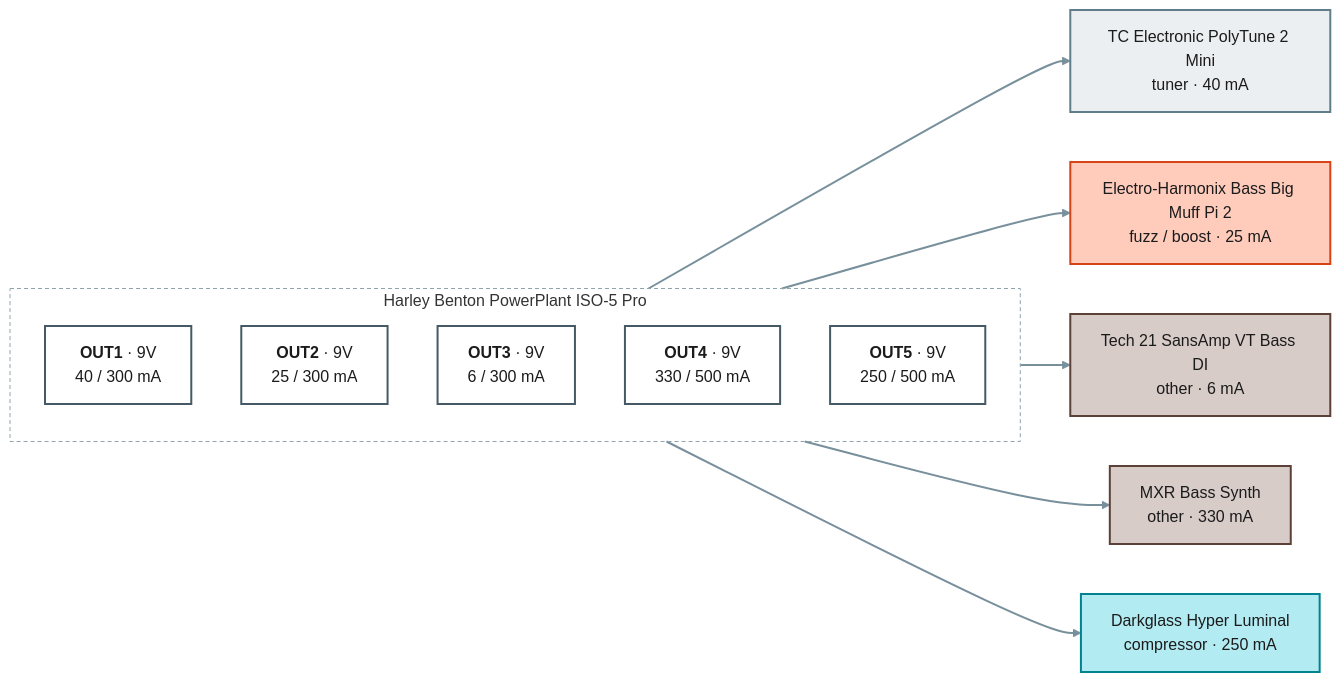
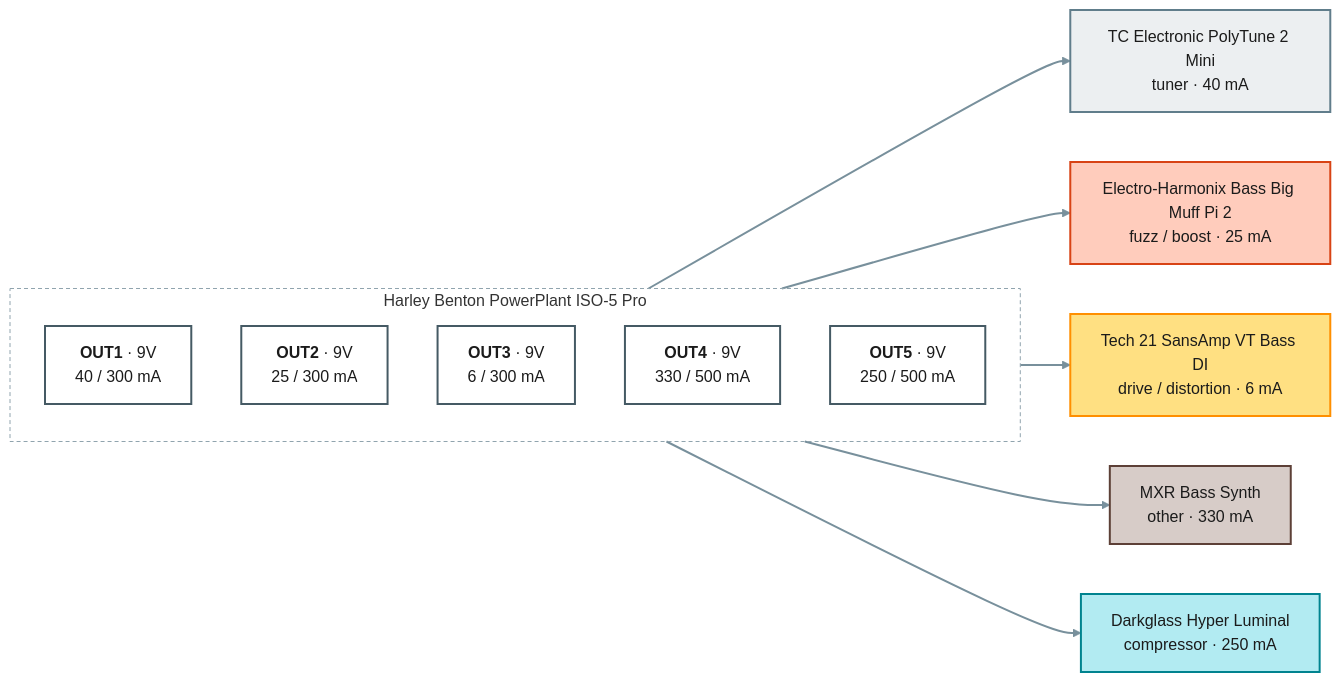
One commit to pedroacvieira/pedalboard changed the diagram in projects/bass/power.mmd. Above: the diagram before and after it, drawn with Mermaid (forest theme). The commit also changed 5 other files, not shown here.

```diff
--- a/projects/bass/power.mmd
+++ b/projects/bass/power.mmd
@@ -1,28 +1,29 @@
 flowchart LR
     subgraph psu1["Harley Benton PowerPlant ISO-5 Pro"]
         direction TB
         psu1_OUT1["<b>OUT1</b> · 9V<br/>40 / 300 mA"]:::out9
         psu1_OUT2["<b>OUT2</b> · 9V<br/>25 / 300 mA"]:::out9
         psu1_OUT3["<b>OUT3</b> · 9V<br/>6 / 300 mA"]:::out9
         psu1_OUT4["<b>OUT4</b> · 9V<br/>330 / 500 mA"]:::out9
         psu1_OUT5["<b>OUT5</b> · 9V<br/>250 / 500 mA"]:::out9
     end
     polytune_2_mini["TC Electronic PolyTune 2 Mini<br/>tuner · 40 mA"]:::c_tuner
     ehx_bass_big_muff_2["Electro-Harmonix Bass Big Muff Pi 2<br/>fuzz / boost · 25 mA"]:::c_fuzz___boost
-    tech21_vt_bass_di["Tech 21 SansAmp VT Bass DI<br/>other · 6 mA"]:::c_other
+    tech21_vt_bass_di["Tech 21 SansAmp VT Bass DI<br/>drive / distortion · 6 mA"]:::c_drive___distortion
     mxr_bass_synth["MXR Bass Synth<br/>other · 330 mA"]:::c_other
     darkglass_hyper_luminal["Darkglass Hyper Luminal<br/>compressor · 250 mA"]:::c_compressor
     psu1_OUT1 --> polytune_2_mini
     psu1_OUT2 --> ehx_bass_big_muff_2
     psu1_OUT3 --> tech21_vt_bass_di
     psu1_OUT4 --> mxr_bass_synth
     psu1_OUT5 --> darkglass_hyper_luminal
     classDef out9 fill:#ffffff,stroke:#455a64,stroke-width:2px,color:#1b1b1b
     classDef out18 fill:#ffffff,stroke:#d84315,stroke-width:3px,color:#1b1b1b
     classDef spare fill:#fafafa,stroke:#9e9e9e,stroke-dasharray:4 3,color:#757575
     classDef c_tuner fill:#eceff1,stroke:#607d8b,stroke-width:2px,color:#1b1b1b
     classDef c_compressor fill:#b2ebf2,stroke:#00838f,stroke-width:2px,color:#1b1b1b
     classDef c_fuzz___boost fill:#ffccbc,stroke:#d84315,stroke-width:2px,color:#1b1b1b
+    classDef c_drive___distortion fill:#ffe082,stroke:#ff8f00,stroke-width:2px,color:#1b1b1b
     classDef c_other fill:#d7ccc8,stroke:#5d4037,stroke-width:2px,color:#1b1b1b
     style psu1 fill:none,stroke:#90a4ae,stroke-dasharray:4 3
     linkStyle default stroke:#78909c,stroke-width:2px
```
